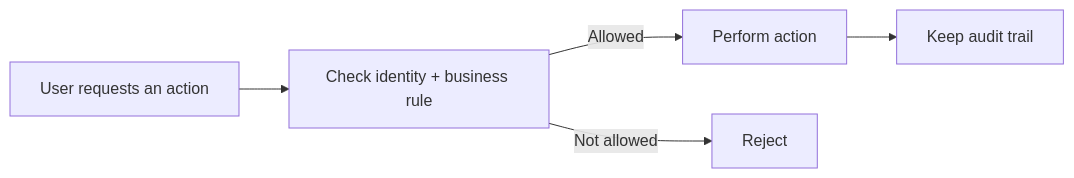
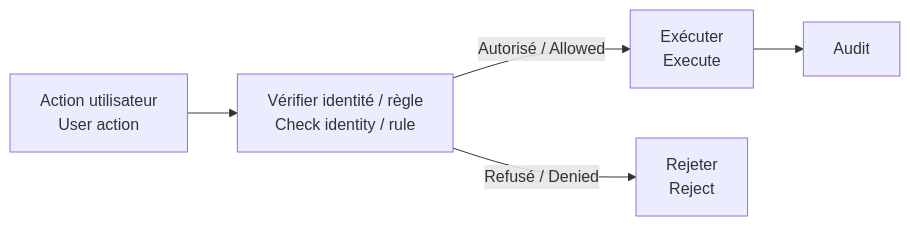
Before and after one commit to jeffersonkuku/jefferson-Mawapanga-Saku: the first of 2 diagrams in projects/power-platform-ticketing-system/docs/SECURITY_GOVERNANCE.md, drawn with Mermaid. The commit also changed other lines of this file and 13 other files, not shown here.

````diff
--- a/projects/power-platform-ticketing-system/docs/SECURITY_GOVERNANCE.md
+++ b/projects/power-platform-ticketing-system/docs/SECURITY_GOVERNANCE.md
@@ -13,7 +10,7 @@
 ```mermaid
 flowchart LR
-    A[User requests an action] --> B[Check identity + business rule]
-    B -->|Allowed| C[Perform action]
-    B -->|Not allowed| D[Reject]
-    C --> E[Keep audit trail]
+    A[Action utilisateur<br/>User action] --> B[Vérifier identité / règle<br/>Check identity / rule]
+    B -->|Autorisé / Allowed| C[Exécuter<br/>Execute]
+    B -->|Refusé / Denied| D[Rejeter<br/>Reject]
+    C --> E[Audit]
 ```
````
